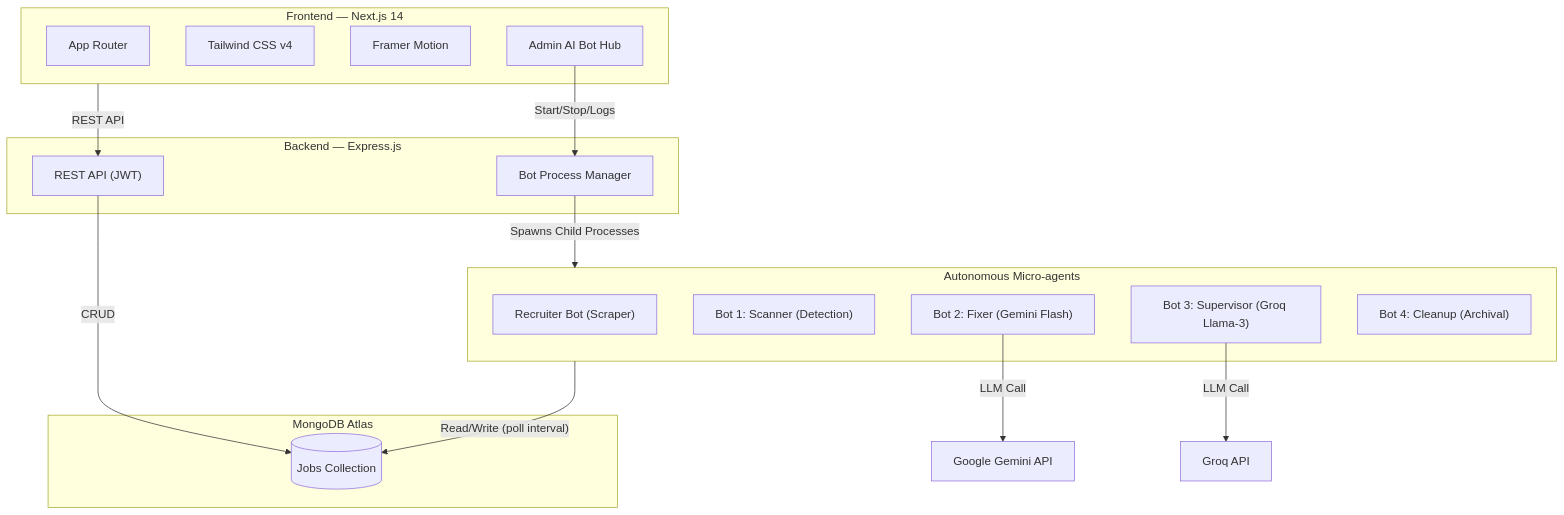
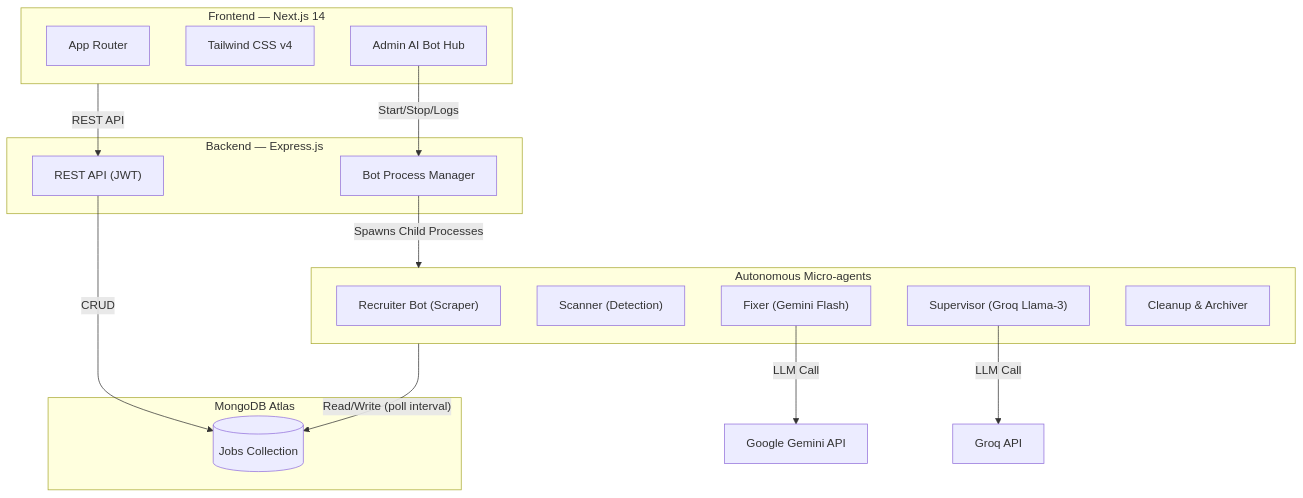
Before and after one commit to soumik2441139/hackathon: the second of 2 diagrams in README.md, drawn with Mermaid. The commit also changed other lines of this file, not shown here.

````diff
--- a/README.md
+++ b/README.md
@@ -70,35 +75,34 @@
 ```mermaid
 graph TD
     subgraph Frontend["Frontend — Next.js 14"]
         AppRouter["App Router"]
         TW["Tailwind CSS v4"]
-        FM["Framer Motion"]
         AdminDashboard["Admin AI Bot Hub"]
     end
 
     subgraph Backend["Backend — Express.js"]
         API["REST API (JWT)"]
         BotSpawner["Bot Process Manager"]
     end
 
     subgraph Database["MongoDB Atlas"]
         Jobs[(Jobs Collection)]
     end
 
     subgraph AI_Ecosystem["Autonomous Micro-agents"]
         Bot0["Recruiter Bot (Scraper)"]
-        Bot1["Bot 1: Scanner (Detection)"]
-        Bot2["Bot 2: Fixer (Gemini Flash)"]
-        Bot3["Bot 3: Supervisor (Groq Llama-3)"]
-        Bot4["Bot 4: Cleanup (Archival)"]
+        Bot1["Scanner (Detection)"]
+        Bot2["Fixer (Gemini Flash)"]
+        Bot3["Supervisor (Groq Llama-3)"]
+        Bot4["Cleanup & Archiver"]
     end
 
     Frontend -->|"REST API"| API
     AdminDashboard -->|"Start/Stop/Logs"| BotSpawner
     BotSpawner -->|"Spawns Child Processes"| AI_Ecosystem
     API -->|"CRUD"| Jobs
     AI_Ecosystem -->|"Read/Write (poll interval)"| Jobs
     
     Bot2 -->|"LLM Call"| Gemini["Google Gemini API"]
     Bot3 -->|"LLM Call"| Groq["Groq API"]
 ```
````
